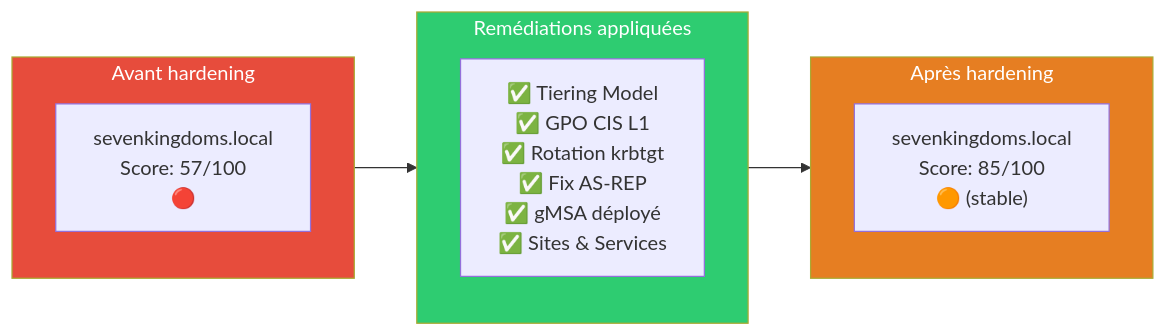
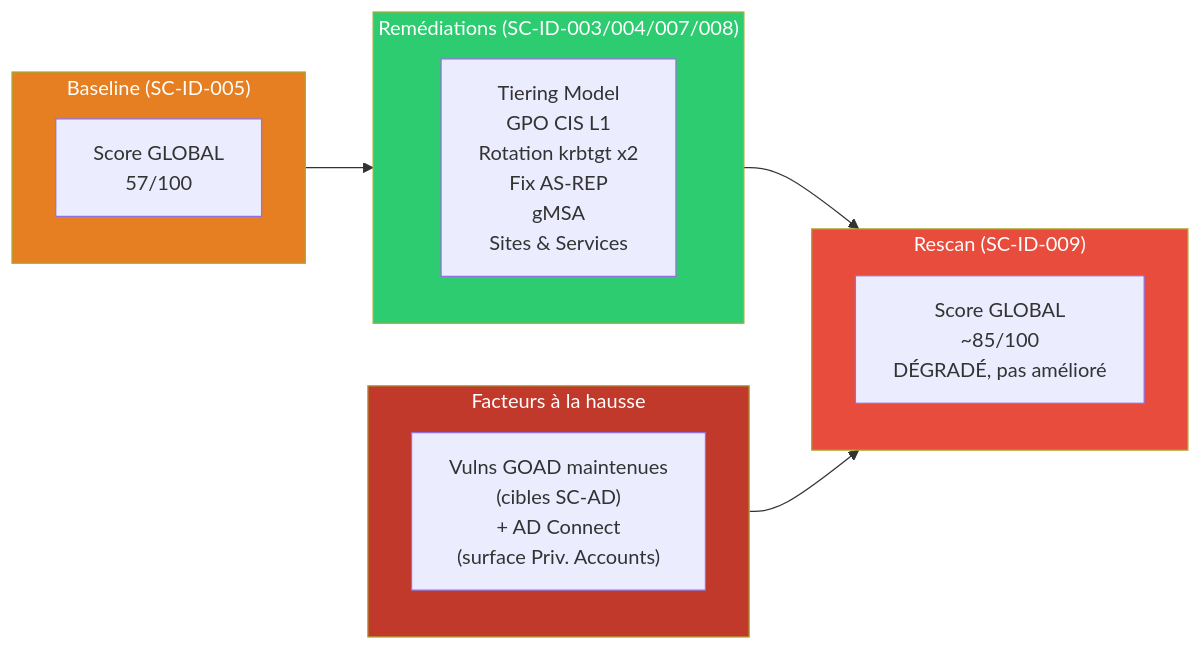
Before and after one commit to hikenroot/hikenroot-forge: the diagram in docs/labs/identity-lab/bloc1-ad-onprem/SC-ID-009-pingcastle-post-hardening.md, drawn with Mermaid. The commit also changed other lines of this file, not shown here.

Commit message:
docs(identity): fix SC-ID-009 PingCastle narrative (honest 57 global vs 85 domain)

````diff
--- a/docs/labs/identity-lab/bloc1-ad-onprem/SC-ID-009-pingcastle-post-hardening.md
+++ b/docs/labs/identity-lab/bloc1-ad-onprem/SC-ID-009-pingcastle-post-hardening.md
@@ -31,20 +52,26 @@
 ```mermaid
 graph LR
-    subgraph AVANT["Avant hardening"]
-        A["sevenkingdoms.local<br/>Score: 57/100<br/>🔴"]
+    subgraph AVANT["Baseline (SC-ID-005)"]
+        A["Score GLOBAL<br/>57/100"]
     end
 
-    subgraph ACTIONS["Remédiations appliquées"]
-        B["✅ Tiering Model<br/>✅ GPO CIS L1<br/>✅ Rotation krbtgt<br/>✅ Fix AS-REP<br/>✅ gMSA déployé<br/>✅ Sites & Services"]
+    subgraph ACTIONS["Remédiations (SC-ID-003/004/007/008)"]
+        B["Tiering Model<br/>GPO CIS L1<br/>Rotation krbtgt x2<br/>Fix AS-REP<br/>gMSA<br/>Sites & Services"]
     end
 
-    subgraph APRES["Après hardening"]
-        C["sevenkingdoms.local<br/>Score: 85/100<br/>🟠 (stable)"]
+    subgraph FACTEURS["Facteurs à la hausse"]
+        D["Vulns GOAD maintenues<br/>(cibles SC-AD)<br/>+ AD Connect<br/>(surface Priv. Accounts)"]
+    end
+
+    subgraph APRES["Rescan (SC-ID-009)"]
+        C["Score GLOBAL<br/>~85/100<br/>DÉGRADÉ, pas amélioré"]
     end
 
     AVANT --> ACTIONS --> APRES
+    FACTEURS --> APRES
 
-    style AVANT fill:#e74c3c,color:#fff
+    style AVANT fill:#e67e22,color:#fff
     style ACTIONS fill:#2ecc71,color:#fff
-    style APRES fill:#e67e22,color:#fff
+    style FACTEURS fill:#c0392b,color:#fff
+    style APRES fill:#e74c3c,color:#fff
 ```
````
